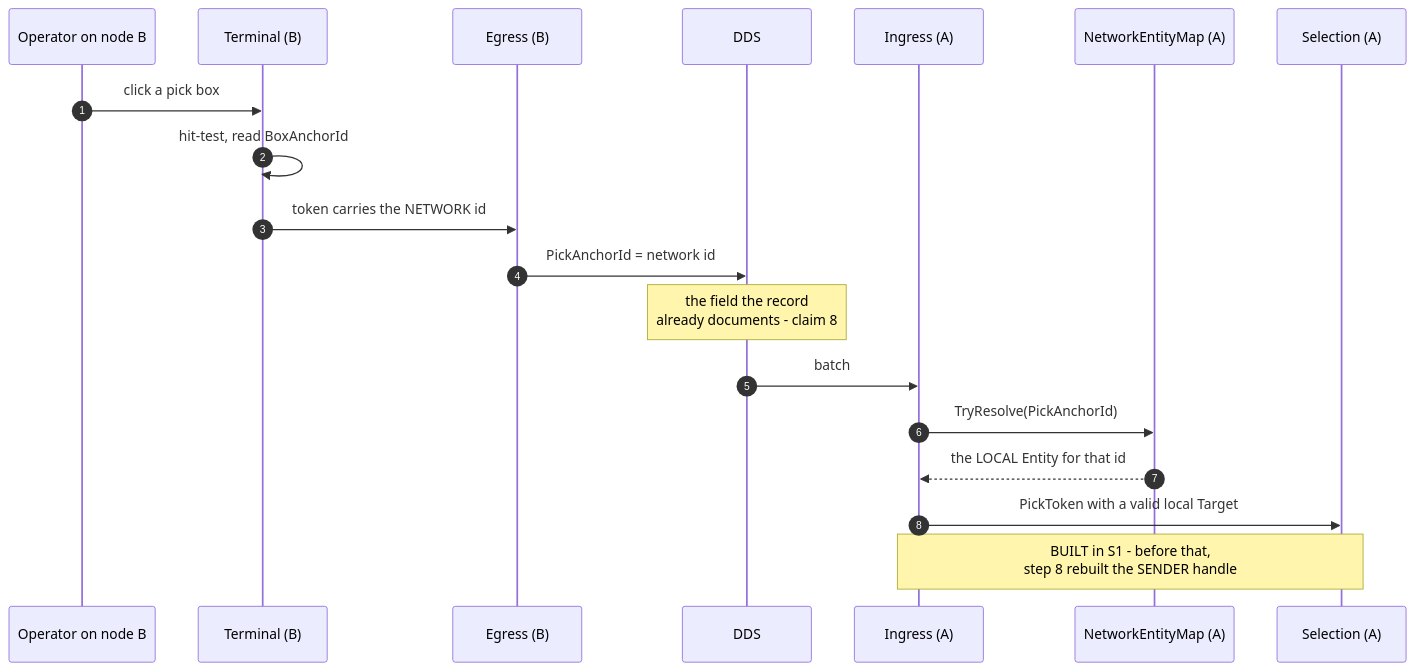
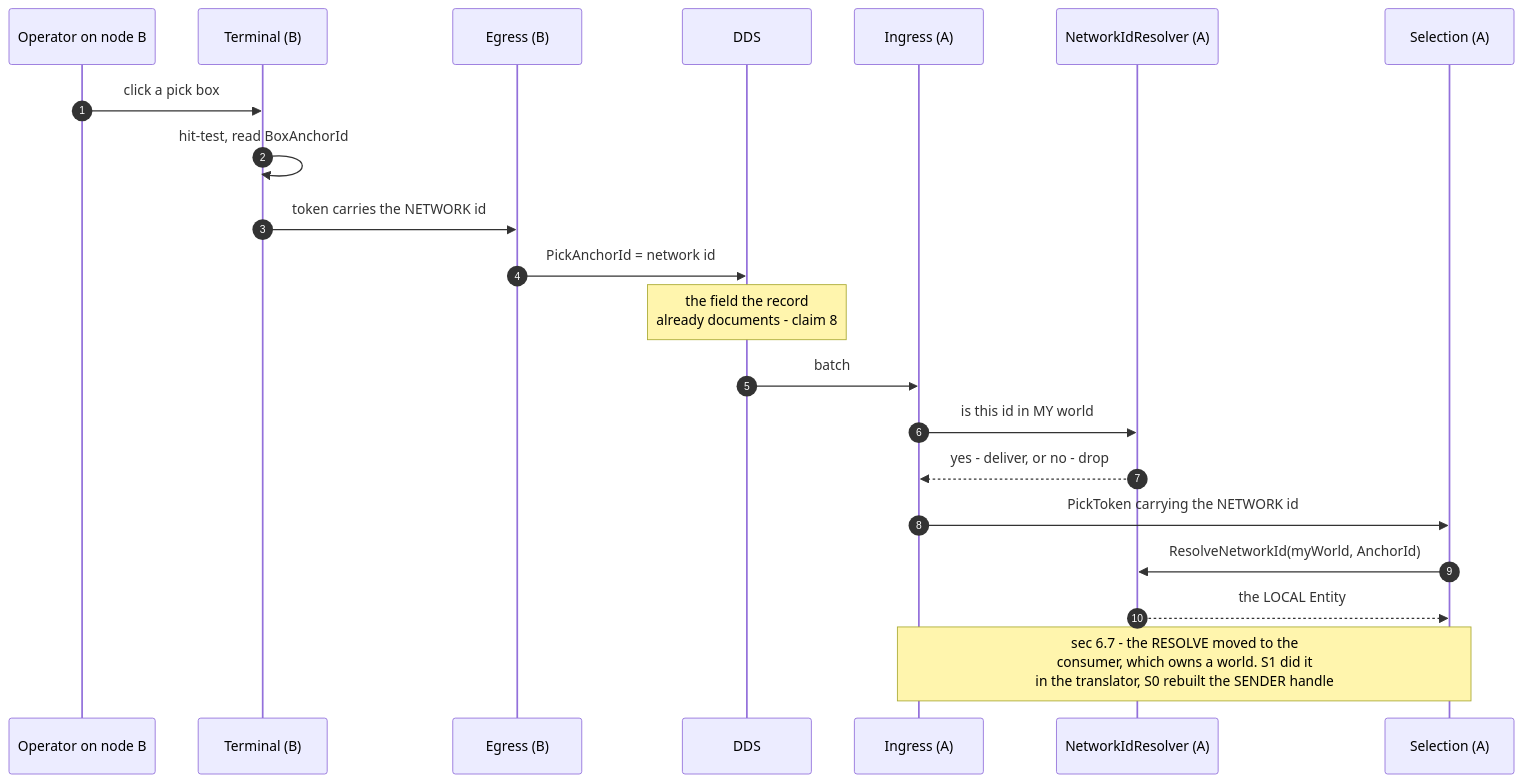
One commit to pjanec/HROT changed the third of 3 diagrams in docs/DESIGN_Gizmo_Anchor_Identity.md. Above: the diagram before and after it, drawn with Mermaid. The commit also changed other lines of this file and 48 other files, not shown here.

First line of the commit message:
CE-259ag: delete the ECS entity index and generation from the gizmo pick path

````diff
--- a/docs/DESIGN_Gizmo_Anchor_Identity.md
+++ b/docs/DESIGN_Gizmo_Anchor_Identity.md
@@ -228,22 +245,24 @@
 ```mermaid
 sequenceDiagram
     autonumber
     participant OpB as Operator on node B
     participant TermB as Terminal (B)
     participant EgB as Egress (B)
     participant DDS as DDS
     participant InA as Ingress (A)
-    participant ResA as NetworkEntityMap (A)
+    participant ResA as NetworkIdResolver (A)
     participant SelA as Selection (A)
 
     OpB->>TermB: click a pick box
     TermB->>TermB: hit-test, read BoxAnchorId
     TermB->>EgB: token carries the NETWORK id
     EgB->>DDS: PickAnchorId = network id
     Note over DDS: the field the record<br/>already documents - claim 8
     DDS->>InA: batch
-    InA->>ResA: TryResolve(PickAnchorId)
-    ResA-->>InA: the LOCAL Entity for that id
-    InA->>SelA: PickToken with a valid local Target
-    Note over InA,SelA: BUILT in S1 - before that,<br/>step 8 rebuilt the SENDER handle
+    InA->>ResA: is this id in MY world
+    ResA-->>InA: yes - deliver, or no - drop
+    InA->>SelA: PickToken carrying the NETWORK id
+    SelA->>ResA: ResolveNetworkId(myWorld, AnchorId)
+    ResA-->>SelA: the LOCAL Entity
+    Note over InA,SelA: sec 6.7 - the RESOLVE moved to the<br/>consumer, which owns a world. S1 did it<br/>in the translator, S0 rebuilt the SENDER handle
 ```
````
